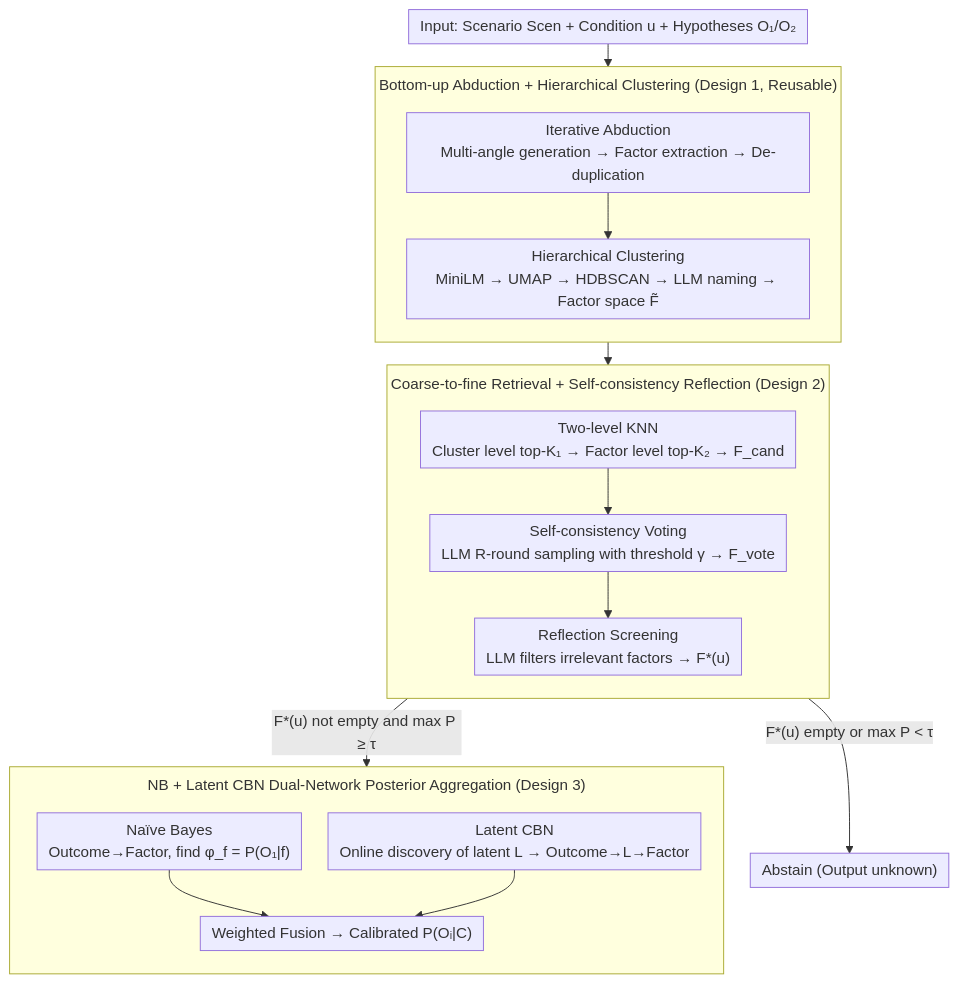
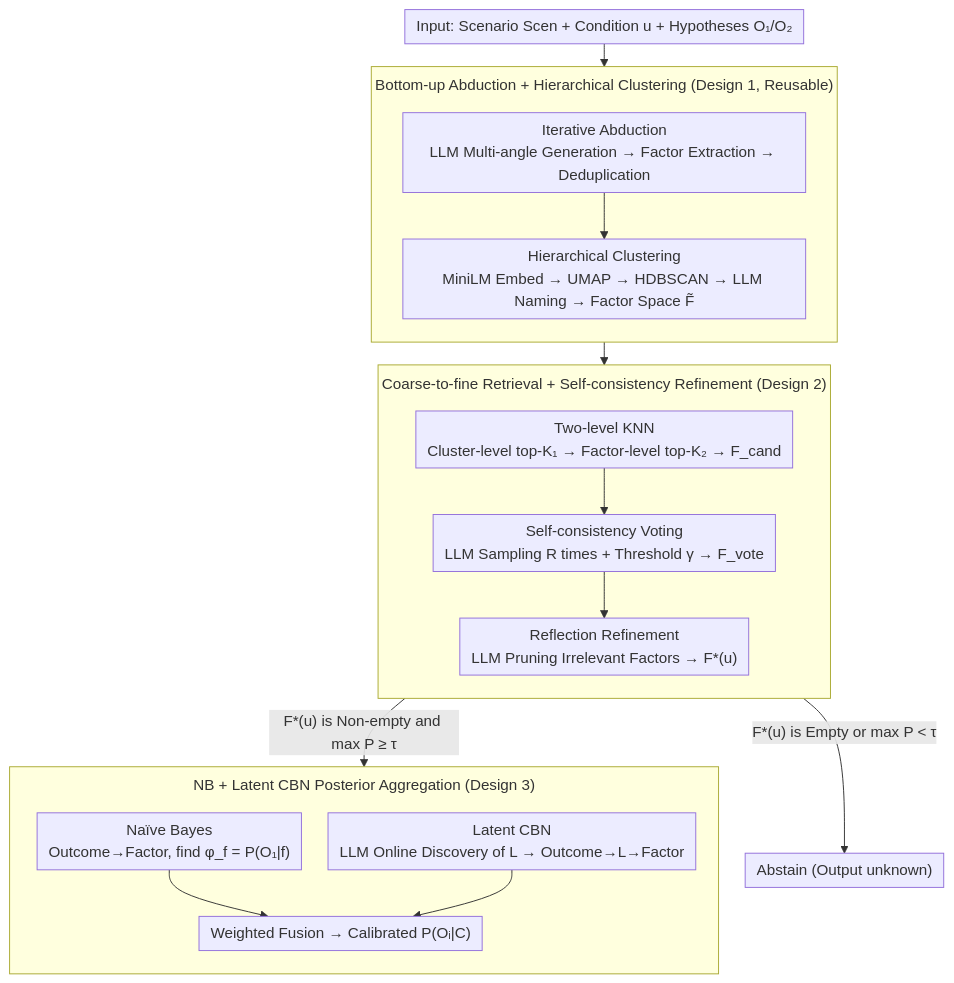
The diagram in docs/ICML2026/llm_nlp/anchor_abductive_network_construction_with_hierarchical_orchestration_for_reliab.md (zhaoyang97/Paper-Notes-en), drawn with Mermaid before and after one commit. The commit also changed other lines of this file and 5084 other files, not shown here.

````diff
--- a/docs/ICML2026/llm_nlp/anchor_abductive_network_construction_with_hierarchical_orchestration_for_reliab.md
+++ b/docs/ICML2026/llm_nlp/anchor_abductive_network_construction_with_hierarchical_orchestration_for_reliab.md
@@ -47,30 +47,30 @@
 ```mermaid
 %%{init: {'flowchart': {'rankSpacing': 24, 'nodeSpacing': 28, 'padding': 6, 'wrappingWidth': 400, 'subGraphTitleMargin': {'top': 8, 'bottom': 16}}}}%%
 flowchart TD
     IN["Input: Scenario Scen + Condition u + Hypotheses O₁/O₂"]
     subgraph D1["Bottom-up Abduction + Hierarchical Clustering (Design 1, Reusable)"]
         direction TB
-        A1["Iterative Abduction<br/>Multi-angle generation → Factor extraction → De-duplication"]
-        A2["Hierarchical Clustering<br/>MiniLM → UMAP → HDBSCAN → LLM naming → Factor space F̃"]
+        A1["Iterative Abduction<br/>LLM Multi-angle Generation → Factor Extraction → Deduplication"]
+        A2["Hierarchical Clustering<br/>MiniLM Embed → UMAP → HDBSCAN → LLM Naming → Factor Space F̃"]
         A1 --> A2
     end
-    subgraph D2["Coarse-to-fine Retrieval + Self-consistency Reflection (Design 2)"]
+    subgraph D2["Coarse-to-fine Retrieval + Self-consistency Refinement (Design 2)"]
         direction TB
-        B1["Two-level KNN<br/>Cluster level top-K₁ → Factor level top-K₂ → F_cand"]
-        B2["Self-consistency Voting<br/>LLM R-round sampling with threshold γ → F_vote"]
-        B3["Reflection Screening<br/>LLM filters irrelevant factors → F*(u)"]
+        B1["Two-level KNN<br/>Cluster-level top-K₁ → Factor-level top-K₂ → F_cand"]
+        B2["Self-consistency Voting<br/>LLM Sampling R times + Threshold γ → F_vote"]
+        B3["Reflection Refinement<br/>LLM Pruning Irrelevant Factors → F*(u)"]
         B1 --> B2 --> B3
     end
-    subgraph D3["NB + Latent CBN Dual-Network Posterior Aggregation (Design 3)"]
+    subgraph D3["NB + Latent CBN Posterior Aggregation (Design 3)"]
         direction TB
         C1["Naïve Bayes<br/>Outcome→Factor, find φ_f = P(O₁|f)"]
-        C2["Latent CBN<br/>Online discovery of latent L → Outcome→L→Factor"]
+        C2["Latent CBN<br/>LLM Online Discovery of L → Outcome→L→Factor"]
         C3["Weighted Fusion → Calibrated P(Oᵢ|C)"]
         C1 --> C3
         C2 --> C3
     end
     IN --> D1
     D1 --> D2
-    D2 -->|"F*(u) not empty and max P ≥ τ"| D3
-    D2 -->|"F*(u) empty or max P < τ"| ABS["Abstain (Output unknown)"]
+    D2 -->|"F*(u) is Non-empty and max P ≥ τ"| D3
+    D2 -->|"F*(u) is Empty or max P < τ"| ABS["Abstain (Output unknown)"]
 ```
````
